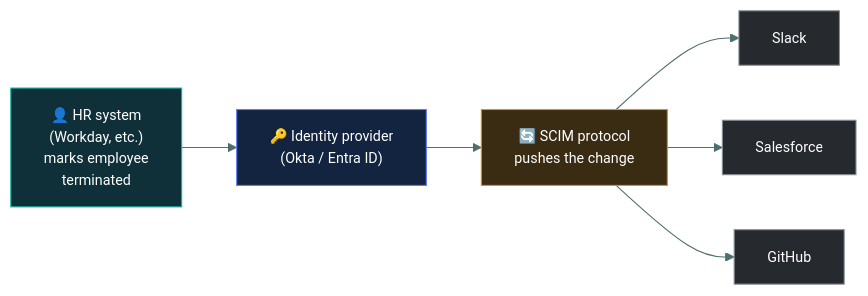
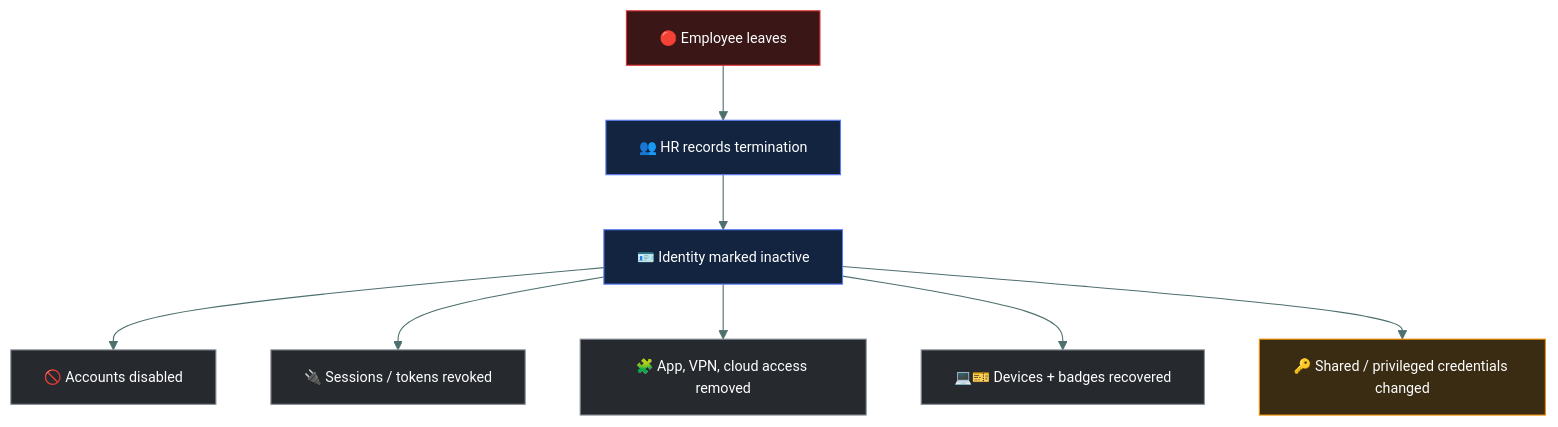
Before and after one commit to tarunTejaDesireddy/cc-exam-prep: the sixth of 6 diagrams in 03-access-control/identity-lifecycle/README.md, drawn with Mermaid. The commit also changed other lines of this file, not shown here.

Commit message:
Replace identity lifecycle with caveman-style version, diagrams and questions

````diff
--- a/03-access-control/identity-lifecycle/README.md
+++ b/03-access-control/identity-lifecycle/README.md
@@ -209,16 +314,19 @@
 ```mermaid
 %%{init: {'theme':'base','themeVariables':{'fontSize':'13px','lineColor':'#4d6f6e','textColor':'#dbe7e6'}}}%%
-flowchart LR
-    HR["👤 HR system<br/>(Workday, etc.)<br/>marks employee<br/>terminated"] --> IDP["🔑 Identity provider<br/>(Okta / Entra ID)"]
-    IDP --> SCIM["🔄 SCIM protocol<br/>pushes the change"]
-    SCIM --> S1["Slack"]
-    SCIM --> S2["Salesforce"]
-    SCIM --> S3["GitHub"]
+flowchart TD
+    A["🔴 Employee leaves"] --> B["👥 HR records termination"] --> C["🪪 Identity marked inactive"]
+    C --> D["🚫 Accounts disabled"]
+    C --> E["🔌 Sessions / tokens revoked"]
+    C --> F["🧩 App, VPN, cloud access removed"]
+    C --> G["💻🎫 Devices + badges recovered"]
+    C --> H["🔑 Shared / privileged credentials changed"]
 
-    style HR fill:#0f3038,stroke:#12B5A5,color:#fff
-    style IDP fill:#12243f,stroke:#5C7CFA,color:#fff
-    style SCIM fill:#3a2c12,stroke:#F08C00,color:#fff
-    style S1 fill:#26292e,stroke:#868E96,color:#fff
-    style S2 fill:#26292e,stroke:#868E96,color:#fff
-    style S3 fill:#26292e,stroke:#868E96,color:#fff
+    style A fill:#3a1616,stroke:#E03131,color:#fff
+    style B fill:#12243f,stroke:#5C7CFA,color:#fff
+    style C fill:#12243f,stroke:#5C7CFA,color:#fff
+    style D fill:#26292e,stroke:#868E96,color:#fff
+    style E fill:#26292e,stroke:#868E96,color:#fff
+    style F fill:#26292e,stroke:#868E96,color:#fff
+    style G fill:#26292e,stroke:#868E96,color:#fff
+    style H fill:#3a2c12,stroke:#F08C00,color:#fff
 ```
````
